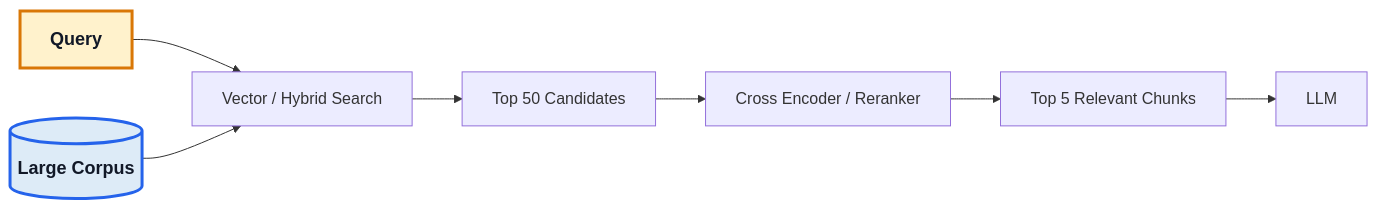
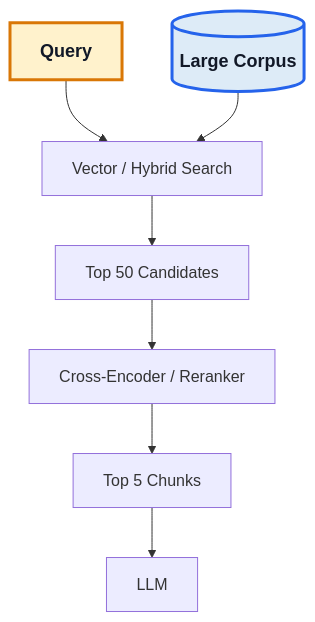
One commit to azam123/awesome-ai-engineer changed the fifth of 26 diagrams in AI-Engineer-Interview-Questions-2026.md. Above: the diagram before and after it, drawn with Mermaid. The commit also changed other lines of this file, not shown here.

Commit message:
docs: make Mermaid diagrams fit narrow screens

````diff
--- a/AI-Engineer-Interview-Questions-2026.md
+++ b/AI-Engineer-Interview-Questions-2026.md
@@ -469,14 +469,14 @@
 ```mermaid
-flowchart LR
+flowchart TD
 Q[Query] --> V[Vector / Hybrid Search]
 D[(Large Corpus)] --> V
 V --> C[Top 50 Candidates]
-C --> R[Cross Encoder / Reranker]
-R --> F[Top 5 Relevant Chunks]
+C --> R[Cross-Encoder / Reranker]
+R --> F[Top 5 Chunks]
 F --> L[LLM]
 class Q yellow
 class D blue
 classDef yellow fill:#FFF2CC,stroke:#D97706,stroke-width:3px,color:#111827,font-size:18px,font-weight:bold;
 classDef blue fill:#DDEBF7,stroke:#2563EB,stroke-width:3px,color:#111827,font-size:18px,font-weight:bold;
 classDef green fill:#E2F0D9,stroke:#15803D,stroke-width:3px,color:#111827,font-size:18px,font-weight:bold;
 ```
````
